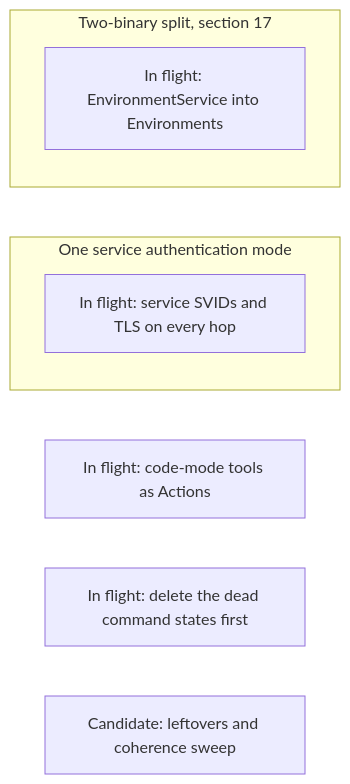
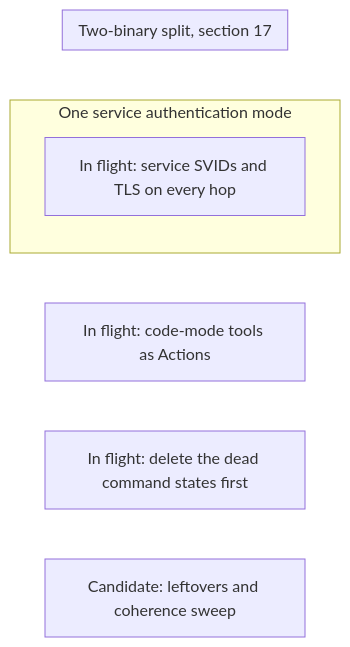
Before and after one commit to agentydragon/ducktape: the first of 21 diagrams in agentplane/plans/task_dag.md, drawn with Mermaid. The commit also changed other lines of this file and 46 other files, not shown here.

````diff
--- a/agentplane/plans/task_dag.md
+++ b/agentplane/plans/task_dag.md
@@ -206,12 +205,11 @@
 ```mermaid
 flowchart LR
     subgraph AUTH_TRACK[One service authentication mode]
         PRIVILEGED_BACKEND_AUTH_DESIGN[In flight: service SVIDs and TLS on every hop]
     end
     subgraph SPLIT_TRACK[Two-binary split, section 17]
-        ENVIRONMENT_SERVICE_TO_ENVIRONMENTS[In flight: EnvironmentService into Environments]
     end
     CENTRAL_SESSION_DELEGATED_ACTING[In flight: code-mode tools as Actions]
     DISPATCHER_HARNESS_CONFIRMATION[In flight: delete the dead command states first]
     REFACTOR_COHERENCE_AUDIT[Candidate: leftovers and coherence sweep]
 ```
````
